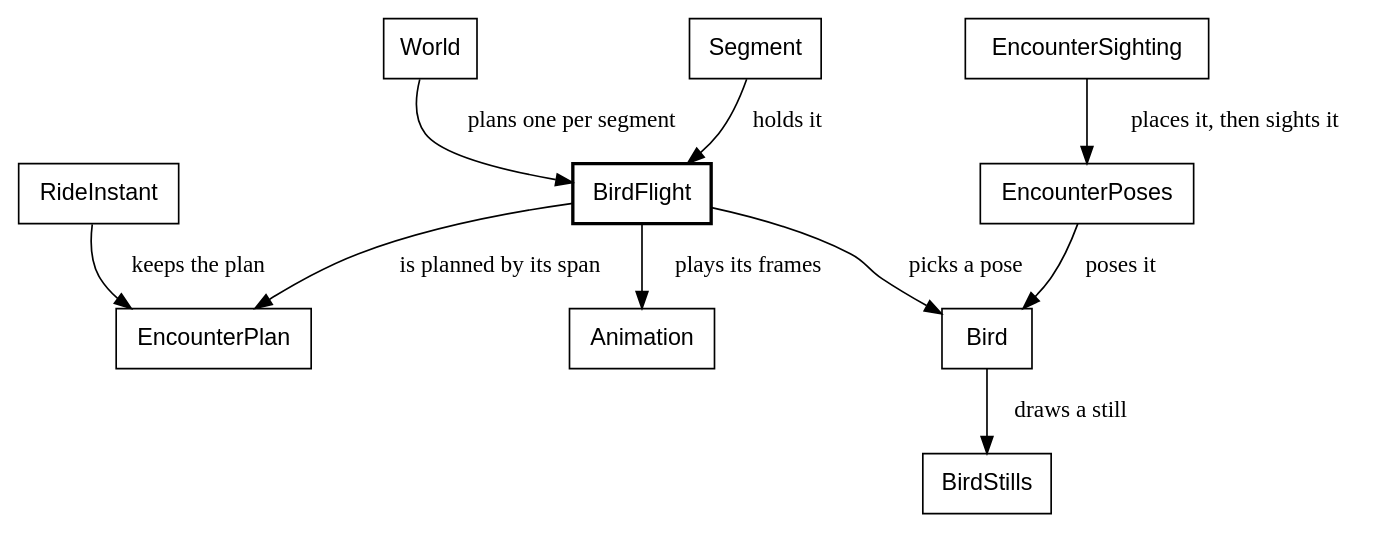
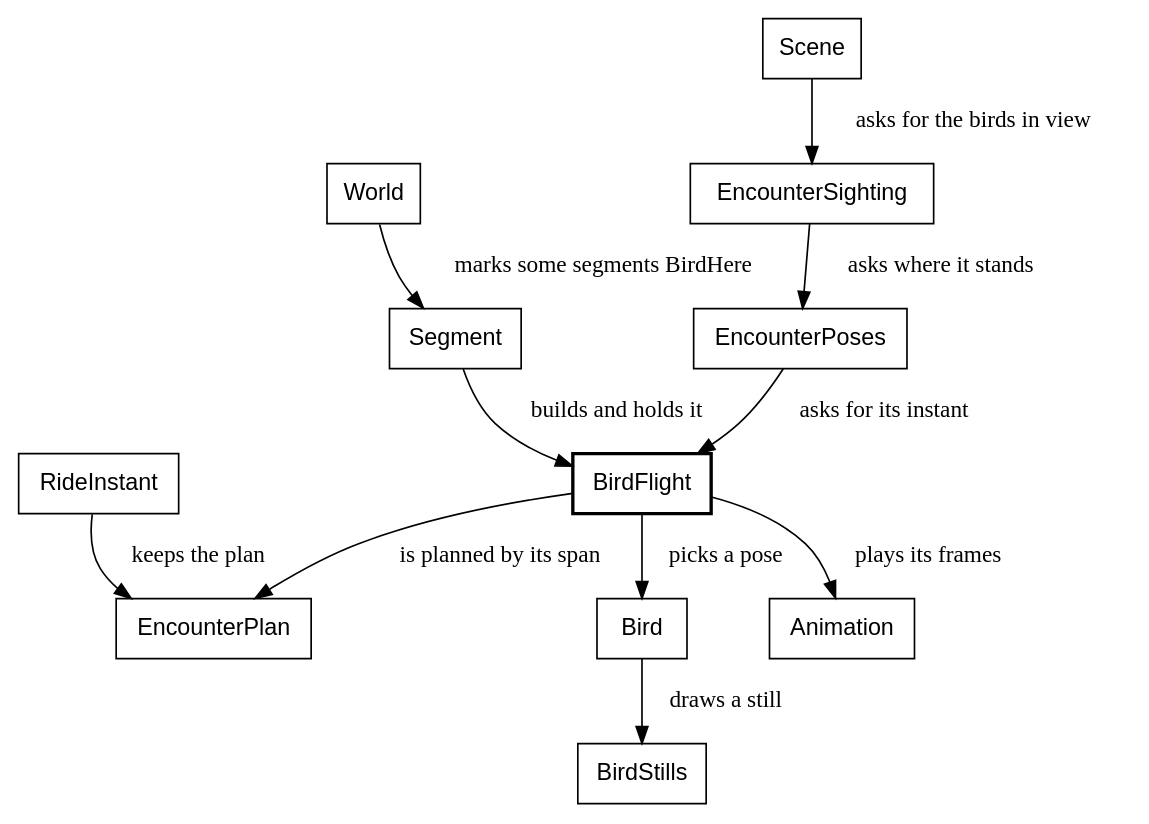
Diagram 23 of 30 in canvas_apps/safari/tutorial/tutorial.md (showell/roc-apps), drawn with Graphviz before and after one commit. The commit also changed other lines of this file, not shown here.

Commit message:
tutorial: the bird's second round; who builds and who poses, in both critter diagrams

````diff
--- a/canvas_apps/safari/tutorial/tutorial.md
+++ b/canvas_apps/safari/tutorial/tutorial.md
@@ -2257,15 +2257,16 @@
 ```dot
 digraph bird {
   node [shape=box, fontname="Helvetica"];
   BirdFlight [style=bold];
-  World -> BirdFlight [label="  plans one per segment"];
-  Segment -> BirdFlight [label="  holds it"];
+  World -> Segment [label="  marks some segments BirdHere"];
+  Segment -> BirdFlight [label="  builds and holds it"];
+  Scene -> EncounterSighting [label="  asks for the birds in view"];
   RideInstant -> EncounterPlan [label="  keeps the plan"];
-  EncounterSighting -> EncounterPoses [label="  places it, then sights it"];
-  EncounterPoses -> Bird [label="  poses it"];
+  EncounterSighting -> EncounterPoses [label="  asks where it stands"];
+  EncounterPoses -> BirdFlight [label="  asks for its instant"];
   BirdFlight -> Bird [label="  picks a pose"];
   BirdFlight -> Animation [label="  plays its frames"];
   BirdFlight -> EncounterPlan [label="  is planned by its span"];
   Bird -> BirdStills [label="  draws a still"];
 }
 ```
````
